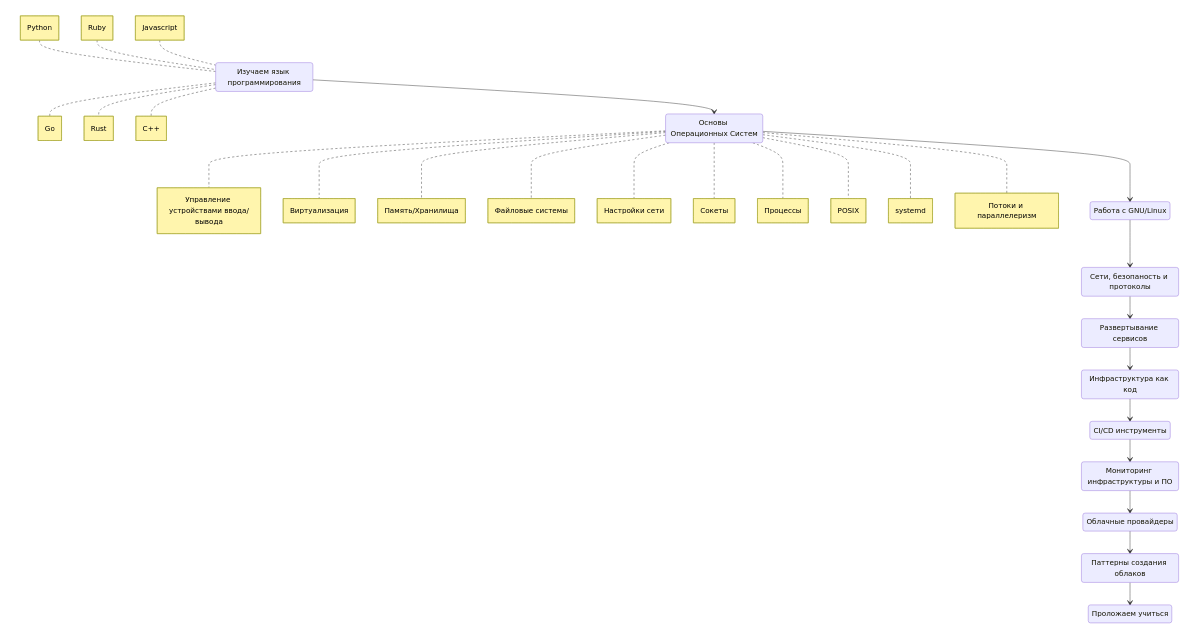
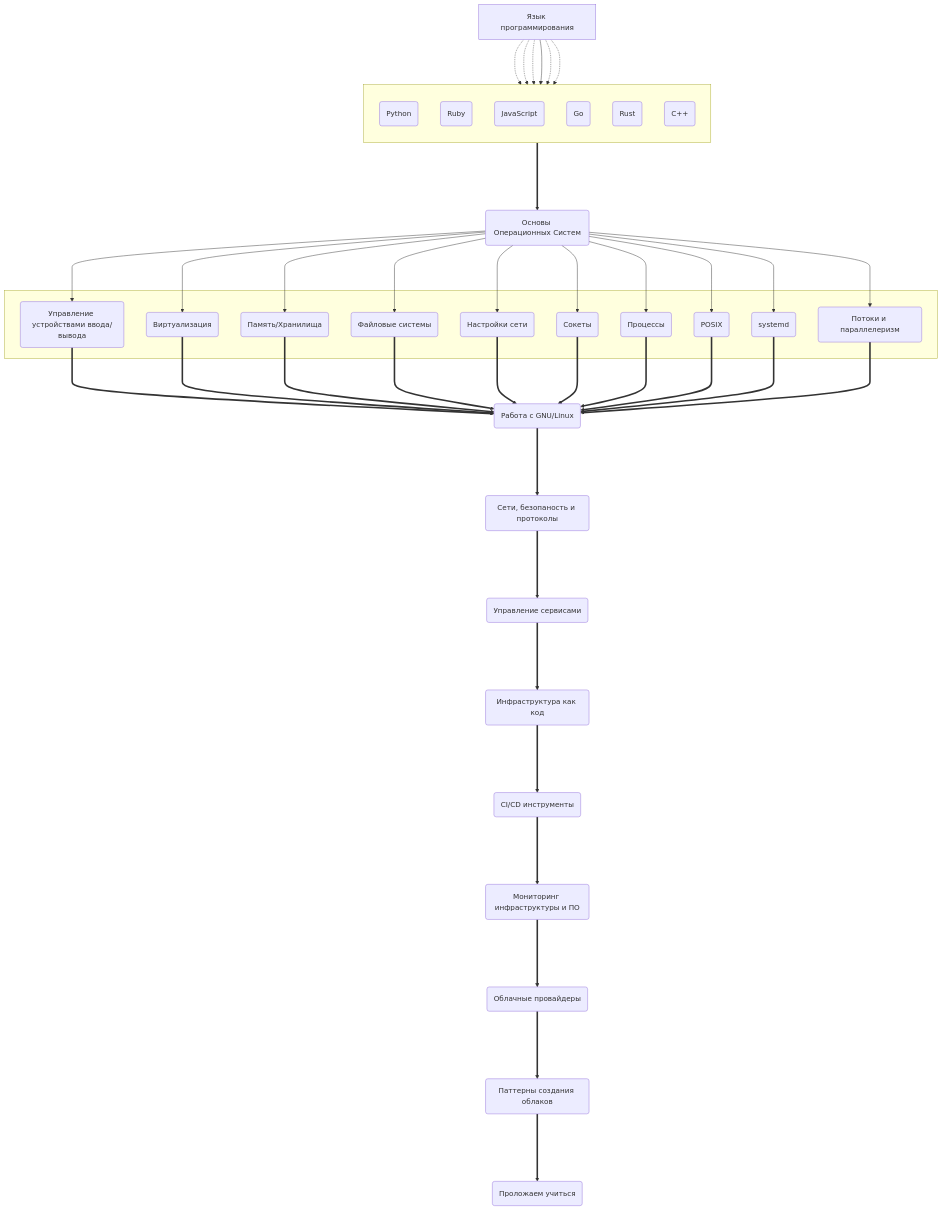
The diagram in content/projects/devops/index.ru.md (kpa39l/kpa39l.github.io), drawn with Mermaid before and after one commit. The commit also changed other lines of this file and 2 other files, not shown here.

Commit message:
Изменение в дорожную карту Devops

```diff
--- a/content/projects/devops/index.ru.md
+++ b/content/projects/devops/index.ru.md
@@ -12,74 +13,76 @@
 {{<mermaid>}}
-stateDiagram-v2
+    graph TD
+    S1[Язык программирования]
+    S1 -.-> S101(Python)
+    S1 -.-> S102(Ruby)
+    S1 -.-> S103(JavaScript)
+    S1 ---> S104(Go)
+    S1 -.-> S105(Rust)
+    S1 -.-> S106(C++)
+        subgraph  
+            direction TB 
+            S101 
+            S102
+            S103
+            S104
+            S105
+            S106
+        end
+    S104 ====> S2
 
- S1: Изучаем язык программирования
-         note left of S1
-            Python
-        end note
-         note left of S1
-            Ruby
-        end note
-         note left of S1
-            Javascript
-        end note
-         note right of S1
-            Go
-        end note
-         note right of S1
-            Rust
-        end note
-         note right of S1
-            C++
-        end note
-S1 --> S2
-S2: Основы Операционных Систем
-    note right of S2
-        Управление устройствами ввода/вывода
-    end note
-    note right of S2
-        Виртуализация
-    end note
-    note right of S2
-        Память/Хранилища
-    end note
-    note right of S2
-        Файловые системы
-    end note
-    note right of S2
-        Настройки сети
-    end note
-    note right of S2
-        Сокеты
-    end note
-    note right of S2
-        Процессы
-    end note
-    note right of S2
-        POSIX
-    end note
-    note right of S2
-        systemd
-    end note
-    note right of S2
-        Потоки и параллелеризм
-    end note
-S2 --> S3
-S3: Работа с GNU/Linux
-S3 --> S4
-S4: Сети, безопаность и протоколы
-S4 --> S5
-S5: Развертывание сервисов
-S5 --> S6
-S6: Инфраструктура как код
-S6 --> S7
-S7: CI/CD инструменты
-S7 --> S8
-S8: Мониторинг инфраструктуры и ПО
-S8 --> S9
-S9: Облачные провайдеры
-S9 --> S10
-S10: Паттерны создания облаков
-S10 --> S11
-S11: Проложаем учиться           
+    click S104 "https://stepik.org/course/54403/syllabus" "Программирование на Golang"
+    
+    %%Второй шаг
+    S2(Основы Операционных Систем)
+    S2 --->S201(Управление устройствами ввода/вывода)
+    S2 --->S202(Виртуализация)
+    S2 --->S203(Память/Хранилища)
+    S2 --->S204(Файловые системы)
+    S2 --->S205(Настройки сети)
+    S2 --->S206(Сокеты)
+    S2 --->S207(Процессы)
+    S2 --->S208(POSIX)
+    S2 --->S209(systemd)
+    S2 --->S210(Потоки и параллелеризм)
+        subgraph  
+            S201
+            S202
+            S203
+            S204
+            S205
+            S206
+            S207
+            S208
+            S209
+            S210
+        end
 
+    S201 ===> S3
+    S202 ===> S3
+    S203 ===> S3
+    S204 ===> S3
+    S205 ===> S3
+    S206 ===> S3
+    S207 ===> S3
+    S208 ===> S3
+    S209 ===> S3
+    S210 ===> S3
+
+    S3(Работа с GNU/Linux)
+    S3 ====> S4
+    S4(Сети, безопаность и протоколы)
+    S4 ====> S5
+    S5(Управление сервисами)
+    S5 ====> S6
+    S6(Инфраструктура как код)
+    S6 ====> S7
+    S7(CI/CD инструменты)
+    S7 ====> S8
+    S8(Мониторинг инфраструктуры и ПО)
+    S8 ====> S9
+    S9(Облачные провайдеры)
+    S9 ====> S10
+    S10(Паттерны создания облаков)
+    S10 ====> S11
+    S11(Проложаем учиться)
 {{</mermaid>}}
```
